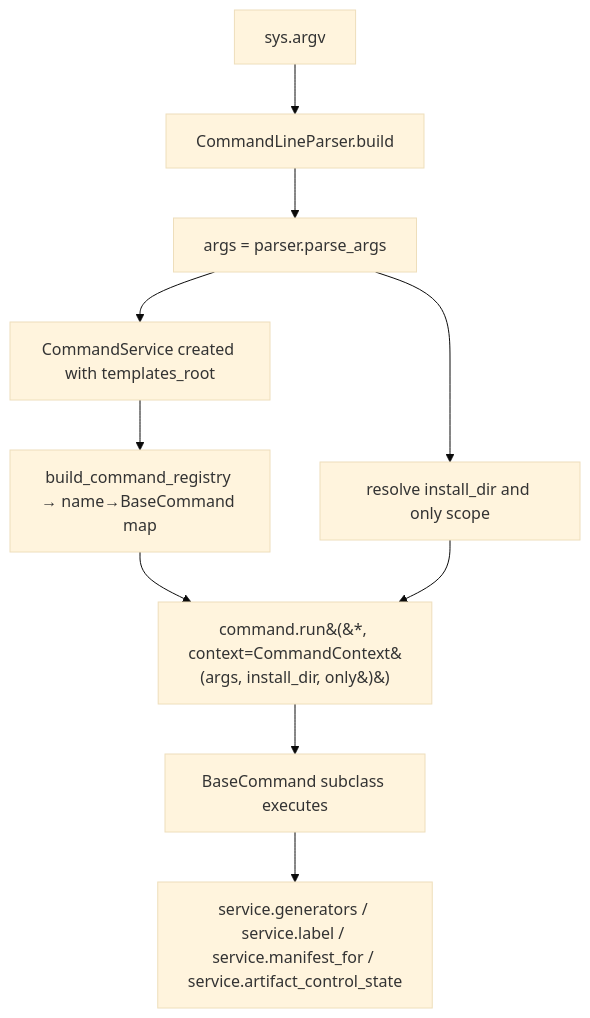
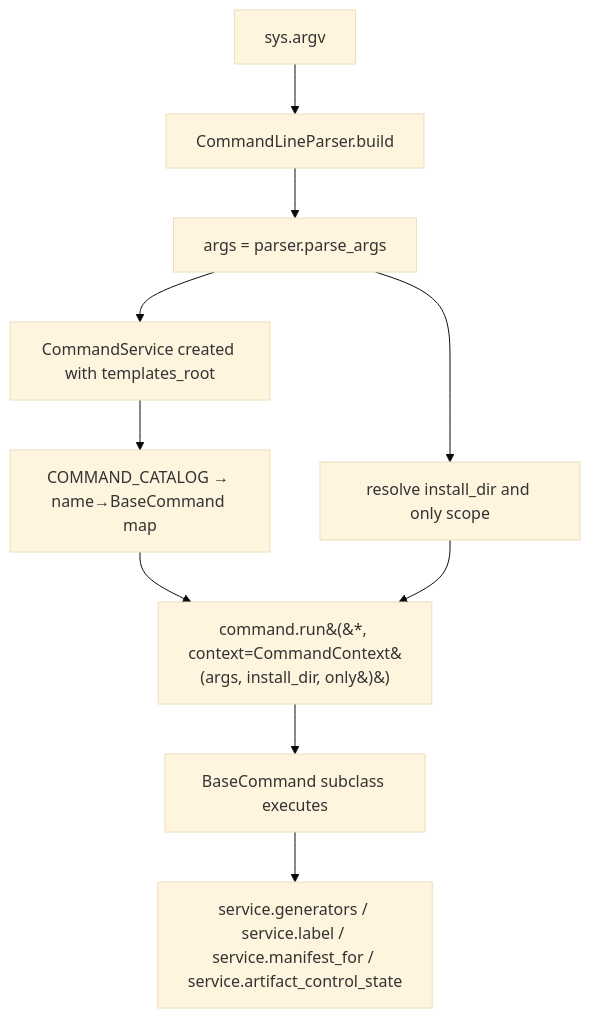
Before and after one commit to eschaar/vstack: the third of 3 diagrams in docs/design/overview.md, drawn with Mermaid (base theme). The commit also changed other lines of this file and 214 other files, not shown here.

````diff
--- a/docs/design/overview.md
+++ b/docs/design/overview.md
@@ -650,12 +663,12 @@
 ```mermaid
 flowchart TD
   A[sys.argv] --> B[CommandLineParser.build]
   B --> C[args = parser.parse_args]
   C --> D[CommandService created with templates_root]
-  D --> E[build_command_registry → name→BaseCommand map]
+  D --> E[COMMAND_CATALOG → name→BaseCommand map]
   C --> F[resolve install_dir and only scope]
   E --> G[command.run&#40;&#42;, context=CommandContext&#40;args, install_dir, only&#41;&#41;]
   F --> G
   G --> H[BaseCommand subclass executes]
   H --> I[service.generators / service.label / service.manifest_for / service.artifact_control_state]
 ```
````
